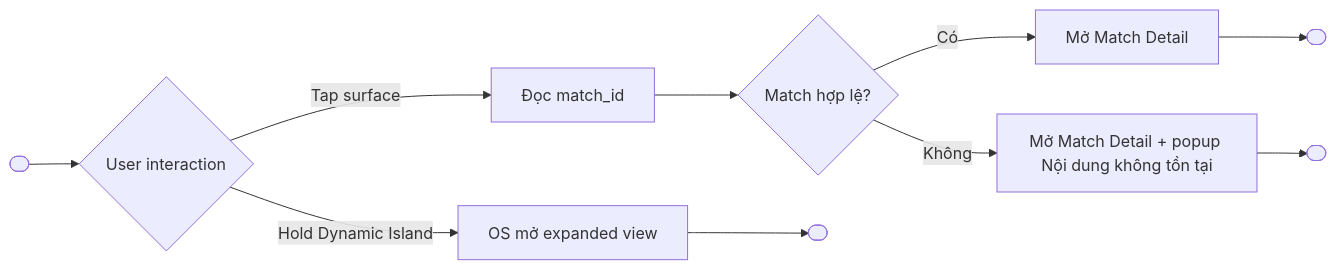
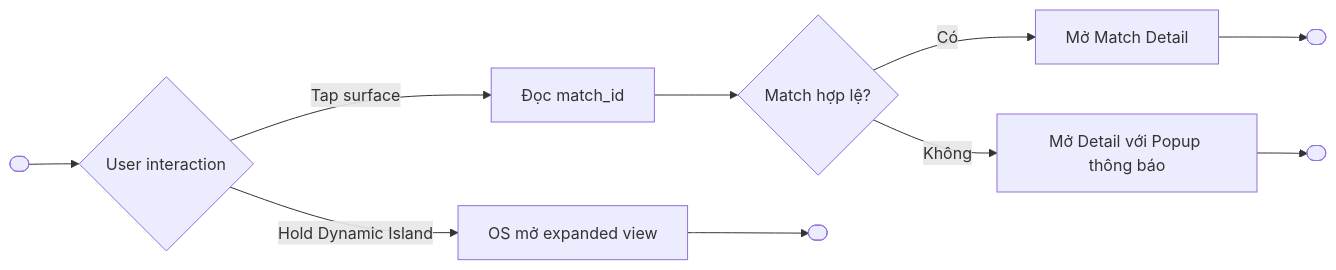
The sixth of 6 diagrams in features/final-docs/Sport-Zone/Live-Activity/product/Live-Activity-Change-Draft.md (duongdang1136/FPTPLay), drawn with Mermaid before and after one commit.

````diff
--- a/features/final-docs/Sport-Zone/Live-Activity/product/Live-Activity-Change-Draft.md
+++ b/features/final-docs/Sport-Zone/Live-Activity/product/Live-Activity-Change-Draft.md
@@ -504,12 +504,12 @@
 ```mermaid
 flowchart LR
  Start([" "]) --> A{"User interaction"}
  A -- "Hold Dynamic Island" --> B["OS mở expanded view"]
  A -- "Tap surface" --> C["Đọc match_id"]
  C --> D{"Match hợp lệ?"}
  D -- "Có" --> E["Mở Match Detail"]
- D -- "Không" --> F["Mở Match Detail + popup Nội dung không tồn tại"]
+ D -- "Không" --> F["Mở Detail với Popup thông báo"]
  B --> End1([" "])
  E --> End2([" "])
  F --> End3([" "])
 ```
````
